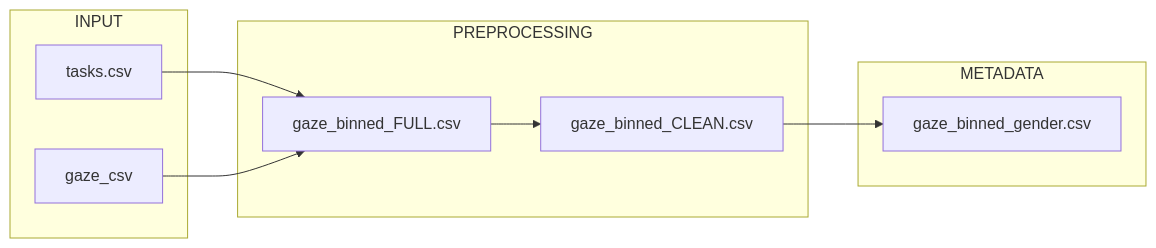
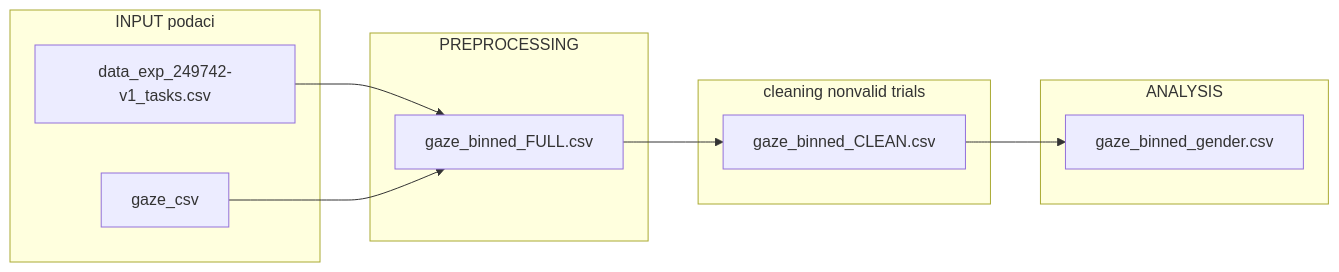
The first of 3 diagrams in README.md (sara-barac/VWP-data-analysis), drawn with Mermaid before and after one commit.

````diff
--- a/README.md
+++ b/README.md
@@ -62,21 +62,24 @@
 ```mermaid
 flowchart LR
 
-subgraph INPUT
-A[tasks.csv]
+subgraph INPUT podaci
+A[data_exp_249742-v1_tasks.csv]
 B[gaze_csv]
 end
 
 subgraph PREPROCESSING
 C[gaze_binned_FULL.csv]
+end
+
+subgraph cleaning nonvalid trials
 D[gaze_binned_CLEAN.csv]
 end
 
-subgraph METADATA
+subgraph ANALYSIS
 E[gaze_binned_gender.csv]
 end
 
 A --> C
 B --> C
 C --> D --> E
 ```
````
